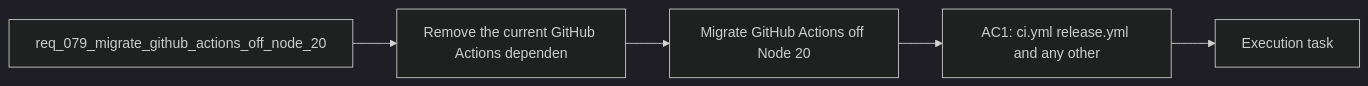
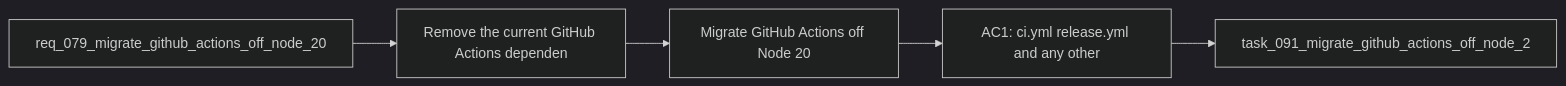
One commit to AlexAgo83/logics-manager changed the diagram in logics/backlog/item_102_migrate_github_actions_off_node_20_before_runner_deprecation.md. Above: the diagram before and after it, drawn with Mermaid (dark theme). The commit also changed other lines of this file and 481 other files, not shown here.

````diff
--- a/logics/backlog/item_102_migrate_github_actions_off_node_20_before_runner_deprecation.md
+++ b/logics/backlog/item_102_migrate_github_actions_off_node_20_before_runner_deprecation.md
@@ -21,9 +21,9 @@
 ```mermaid
 %% logics-kind: backlog
 %% logics-signature: backlog|migrate-github-actions-off-node-20-befor|req-079-migrate-github-actions-off-node-|remove-the-current-github-actions-depend|ac1-ci-yml-release-yml-and-any-other
 flowchart LR
     Request[req_079_migrate_github_actions_off_node_20] --> Problem[Remove the current GitHub Actions dependen]
     Problem --> Scope[Migrate GitHub Actions off Node 20]
     Scope --> Acceptance[AC1: ci.yml release.yml and any other]
-    Acceptance --> Tasks[Execution task]
+    Acceptance --> Tasks[task_091_migrate_github_actions_off_node_2]
 ```
````
